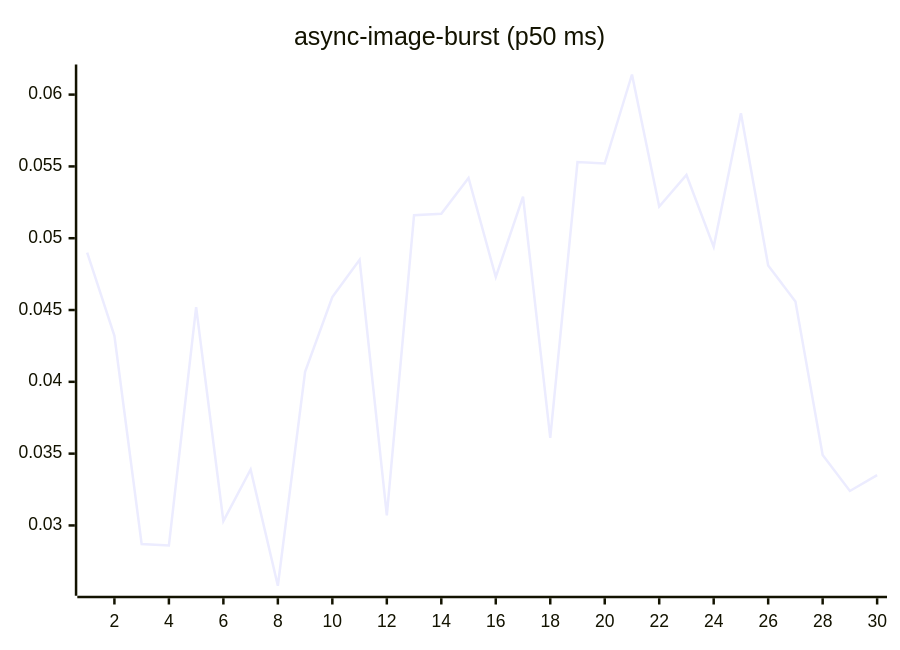
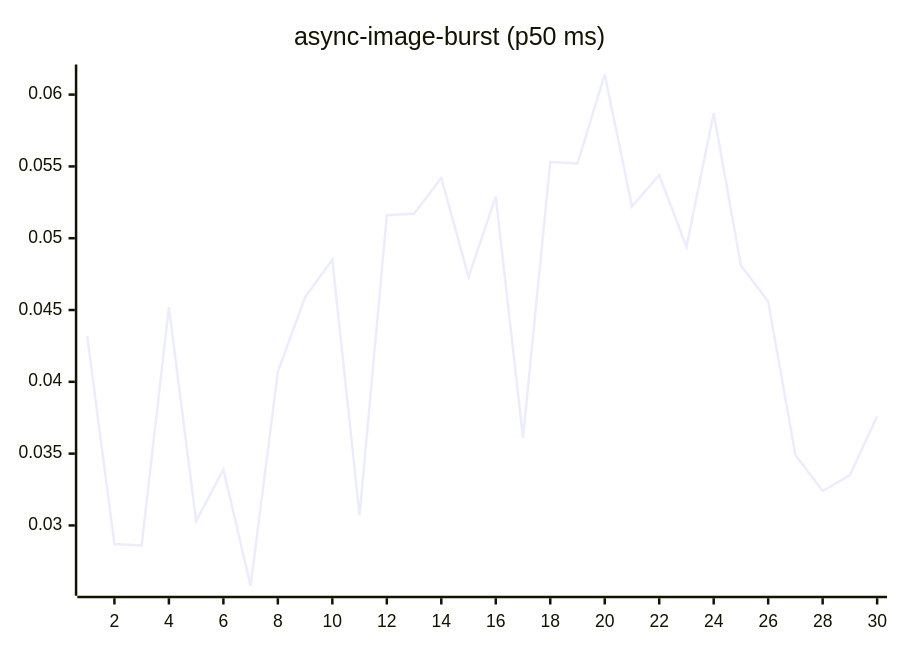
Before and after one commit to josha/Facet: the fourth of 27 diagrams in README.md, drawn with Mermaid. The commit also changed other lines of this file and 2 other files, not shown here.

````diff
--- a/README.md
+++ b/README.md
@@ -84,6 +84,6 @@
 ```mermaid
 xychart-beta
     title "async-image-burst (p50 ms)"
     x-axis 1 --> 30
-    line [0.0490, 0.0432, 0.0287, 0.0286, 0.0452, 0.0303, 0.0339, 0.0258, 0.0407, 0.0459, 0.0485, 0.0307, 0.0516, 0.0517, 0.0542, 0.0473, 0.0529, 0.0361, 0.0553, 0.0552, 0.0614, 0.0522, 0.0544, 0.0494, 0.0587, 0.0481, 0.0456, 0.0349, 0.0324, 0.0335]
+    line [0.0432, 0.0287, 0.0286, 0.0452, 0.0303, 0.0339, 0.0258, 0.0407, 0.0459, 0.0485, 0.0307, 0.0516, 0.0517, 0.0542, 0.0473, 0.0529, 0.0361, 0.0553, 0.0552, 0.0614, 0.0522, 0.0544, 0.0494, 0.0587, 0.0481, 0.0456, 0.0349, 0.0324, 0.0335, 0.0376]
 ```
````
